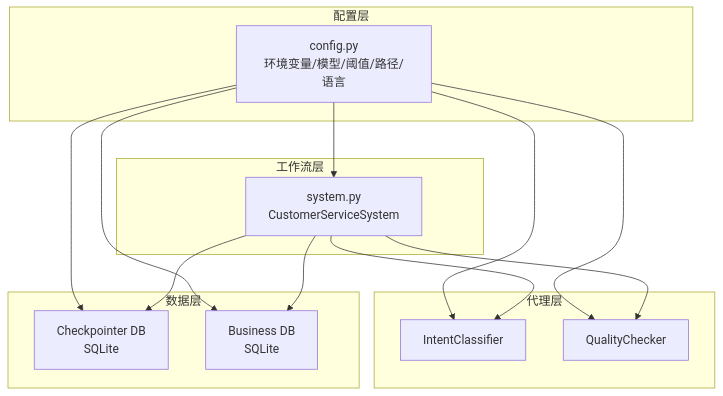
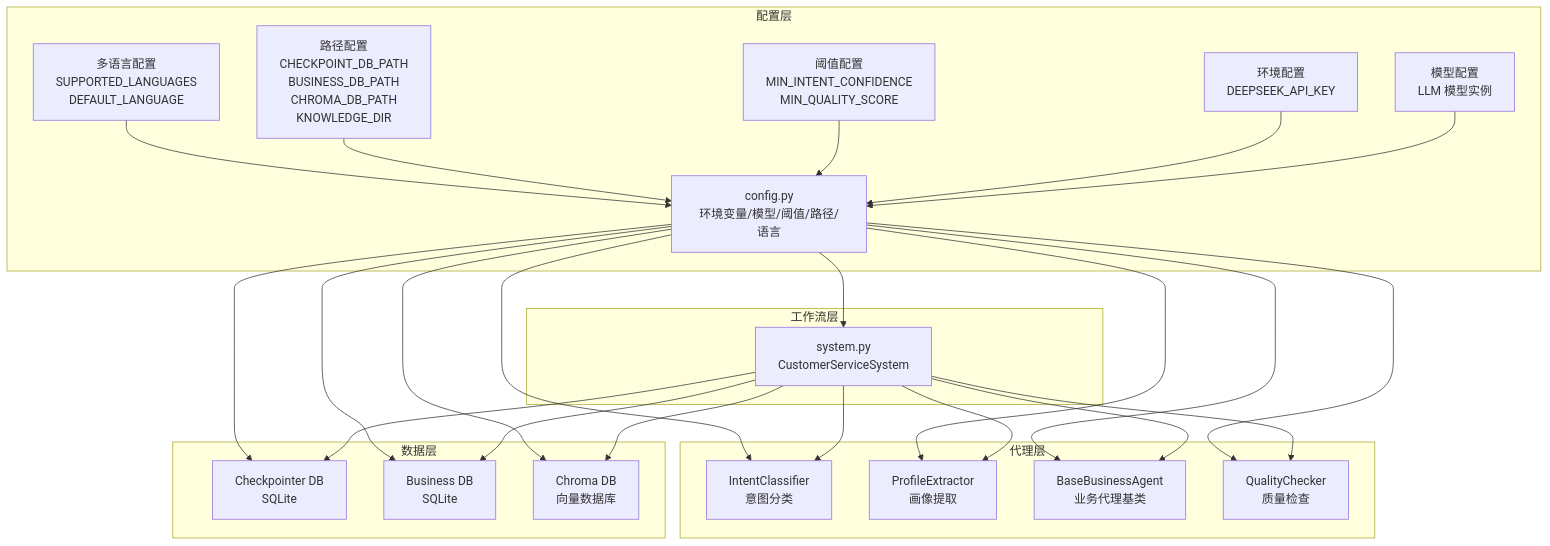
The second of 4 diagrams in .qoder/repowiki/zh/content/系统架构设计/配置管理中心.md (Yijtu/multi-agent-customer-service), drawn with Mermaid before and after one commit. The commit also changed other lines of this file and 28 other files, not shown here.

````diff
--- a/.qoder/repowiki/zh/content/系统架构设计/配置管理中心.md
+++ b/.qoder/repowiki/zh/content/系统架构设计/配置管理中心.md
@@ -105,26 +127,45 @@
 ```mermaid
 graph TB
 subgraph "配置层"
 CFG["config.py<br/>环境变量/模型/阈值/路径/语言"]
+ENDLANG["多语言配置<br/>SUPPORTED_LANGUAGES<br/>DEFAULT_LANGUAGE"]
+ENDPATH["路径配置<br/>CHECKPOINT_DB_PATH<br/>BUSINESS_DB_PATH<br/>CHROMA_DB_PATH<br/>KNOWLEDGE_DIR"]
+ENDTHRESH["阈值配置<br/>MIN_INTENT_CONFIDENCE<br/>MIN_QUALITY_SCORE"]
+ENDENV["环境配置<br/>DEEPSEEK_API_KEY"]
+ENDMODEL["模型配置<br/>LLM 模型实例"]
+ENDLANG --> CFG
+ENDPATH --> CFG
+ENDTHRESH --> CFG
+ENDENV --> CFG
+ENDMODEL --> CFG
 end
 subgraph "工作流层"
 SYS["system.py<br/>CustomerServiceSystem"]
 end
 subgraph "代理层"
-CLS["IntentClassifier"]
-QC["QualityChecker"]
+CLS["IntentClassifier<br/>意图分类"]
+PE["ProfileExtractor<br/>画像提取"]
+BA["BaseBusinessAgent<br/>业务代理基类"]
+QC["QualityChecker<br/>质量检查"]
 end
 subgraph "数据层"
 CP["Checkpointer DB<br/>SQLite"]
 BD["Business DB<br/>SQLite"]
+CD["Chroma DB<br/>向量数据库"]
 end
 CFG --> SYS
 CFG --> CLS
+CFG --> PE
+CFG --> BA
 CFG --> QC
 CFG --> CP
 CFG --> BD
+CFG --> CD
 SYS --> CLS
+SYS --> PE
+SYS --> BA
 SYS --> QC
 SYS --> CP
 SYS --> BD
+SYS --> CD
 ```
````
